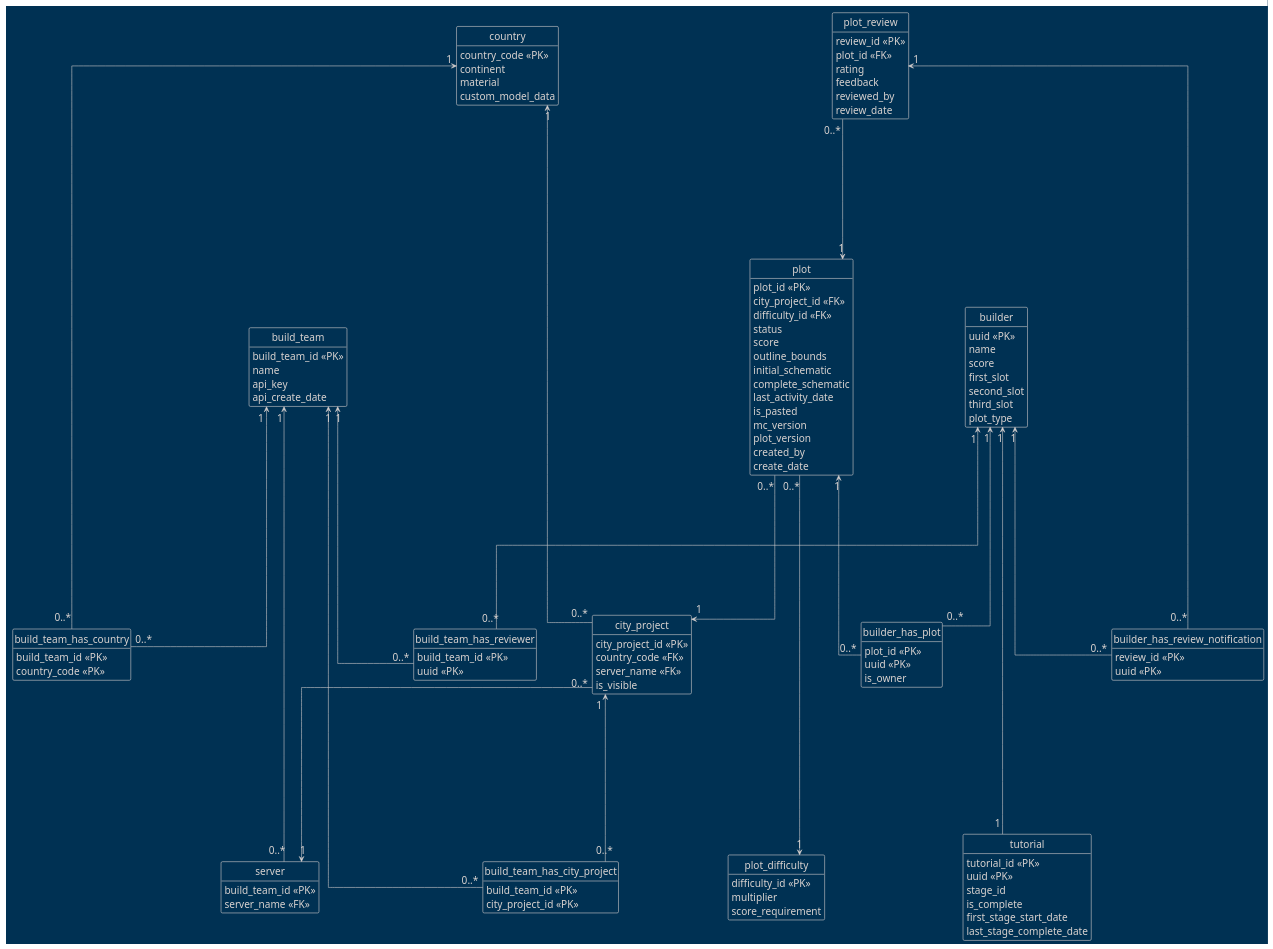
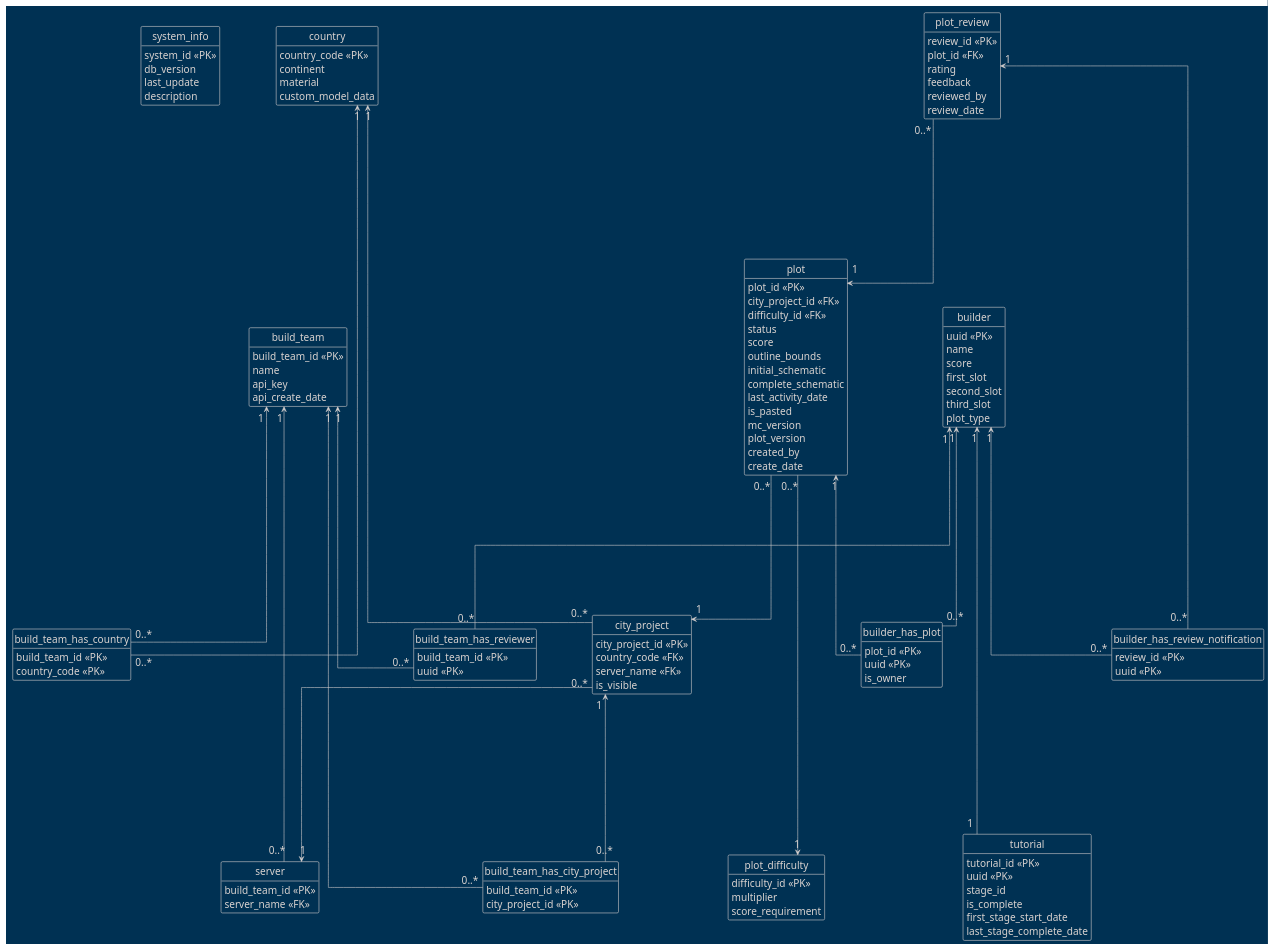
Before and after one commit to AlpsBTE/Plot-System-DB: the diagram in logical-db.puml, drawn with PlantUML. The commit also changed 5 other files, not shown here.

Commit message:
add system_info table to schema

```diff
--- a/logical-db.puml
+++ b/logical-db.puml
@@ -1,137 +1,144 @@
 @startuml
 skinparam nodesep 100
 skinparam ranksep 250
 skinparam defaultFontSize 18
 
 skinparam linetype ortho
 
 hide circle
 hide empty members
 !theme blueprint
+
+entity system_info {
+    system_id <<PK>>
+    db_version
+    last_update
+    description
+}
 
 entity build_team {
     build_team_id <<PK>>
     name
     api_key
     api_create_date
 }
 
 entity server {
     build_team_id <<PK>>
     server_name <<FK>>
 }
 
 entity country {
     country_code <<PK>>
     continent
     material
     custom_model_data
 }
 
 entity city_project {
     city_project_id <<PK>>
     country_code <<FK>>
     server_name <<FK>>
     is_visible
 }
 
 entity builder {
     uuid <<PK>>
     name
     score
     first_slot
     second_slot
     third_slot
     plot_type
 }
 
 entity plot_difficulty {
     difficulty_id <<PK>>
     multiplier
     score_requirement
 }
 
 entity plot {
     plot_id <<PK>>
     city_project_id <<FK>>
     difficulty_id <<FK>>
     status
     score
     outline_bounds
     initial_schematic
     complete_schematic
     last_activity_date
     is_pasted
     mc_version
     plot_version
     created_by
     create_date
 }
 
 entity tutorial {
     tutorial_id <<PK>>
     uuid <<PK>>
     stage_id
     is_complete
     first_stage_start_date
     last_stage_complete_date
 }
 
 entity plot_review {
     review_id <<PK>>
     plot_id <<FK>>
     rating
     feedback
     reviewed_by
     review_date
 }
 
 entity build_team_has_country {
     build_team_id <<PK>>
     country_code <<PK>>
 }
 
 entity build_team_has_city_project {
     build_team_id <<PK>>
     city_project_id <<PK>>
 }
 
 entity build_team_has_reviewer {
     build_team_id <<PK>>
     uuid <<PK>>
 }
 
 entity builder_has_review_notification {
     review_id <<PK>>
     uuid <<PK>>
 }
 
 entity builder_has_plot {
     plot_id <<PK>>
     uuid <<PK>>
     is_owner
 }
 
 build_team "1" <-- "0..*" build_team_has_city_project
 build_team "1" <-- "0..*" build_team_has_country
 build_team "1" <-- "0..*" build_team_has_reviewer
 build_team "1" <-- "0..*" server
 
 country "1" <--- "0..*" city_project
 country "1" <--- "0..*" build_team_has_country
 
 city_project "1" <-- "0..*" build_team_has_city_project
 city_project "0..*" --> "1" server
 
 plot_review "1" <-- "0..*" builder_has_review_notification
 plot_review "0..*" --> "1" plot
 
 builder "1" <-- "0..*" build_team_has_reviewer
 builder "1" <--- "1" tutorial
 builder "1" <-- "0..*" builder_has_review_notification
 builder "1" <-- "0..*" builder_has_plot
 
 plot "0..*" --> "1" city_project
 plot "0..*" ---> "1" plot_difficulty
 plot "1" <-- "0..*" builder_has_plot
 @enduml
```
